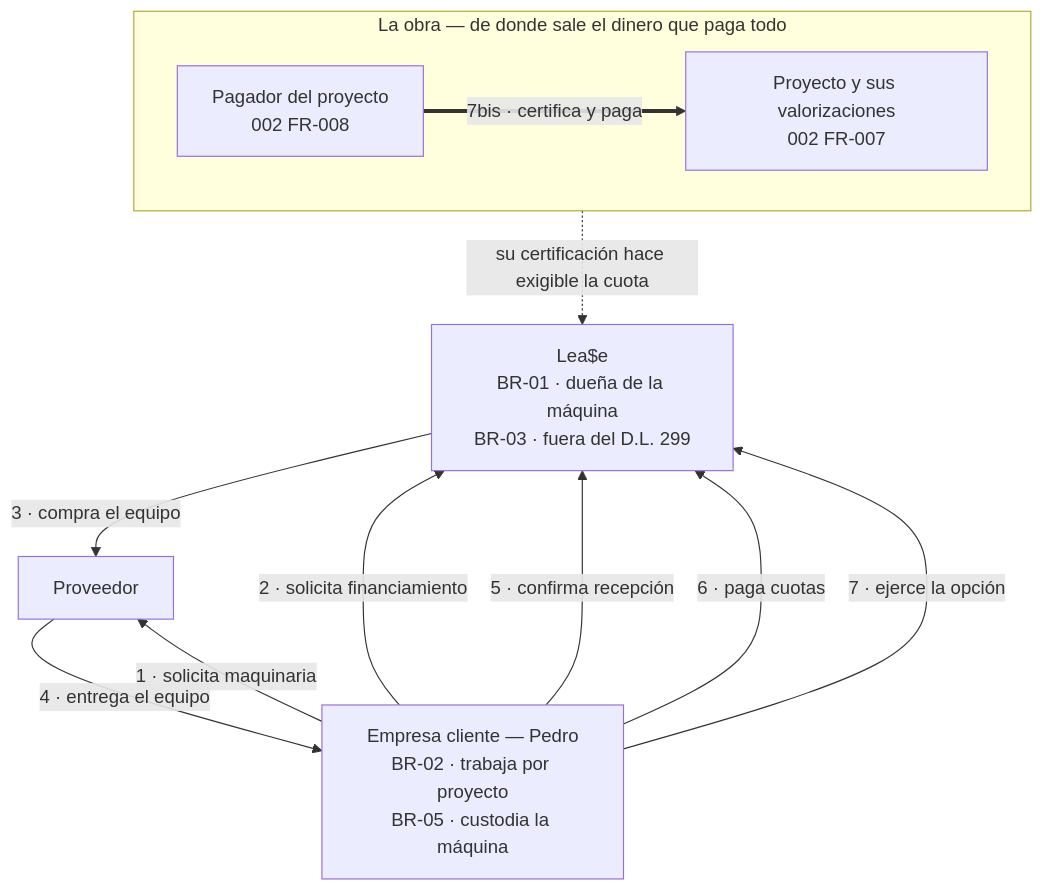
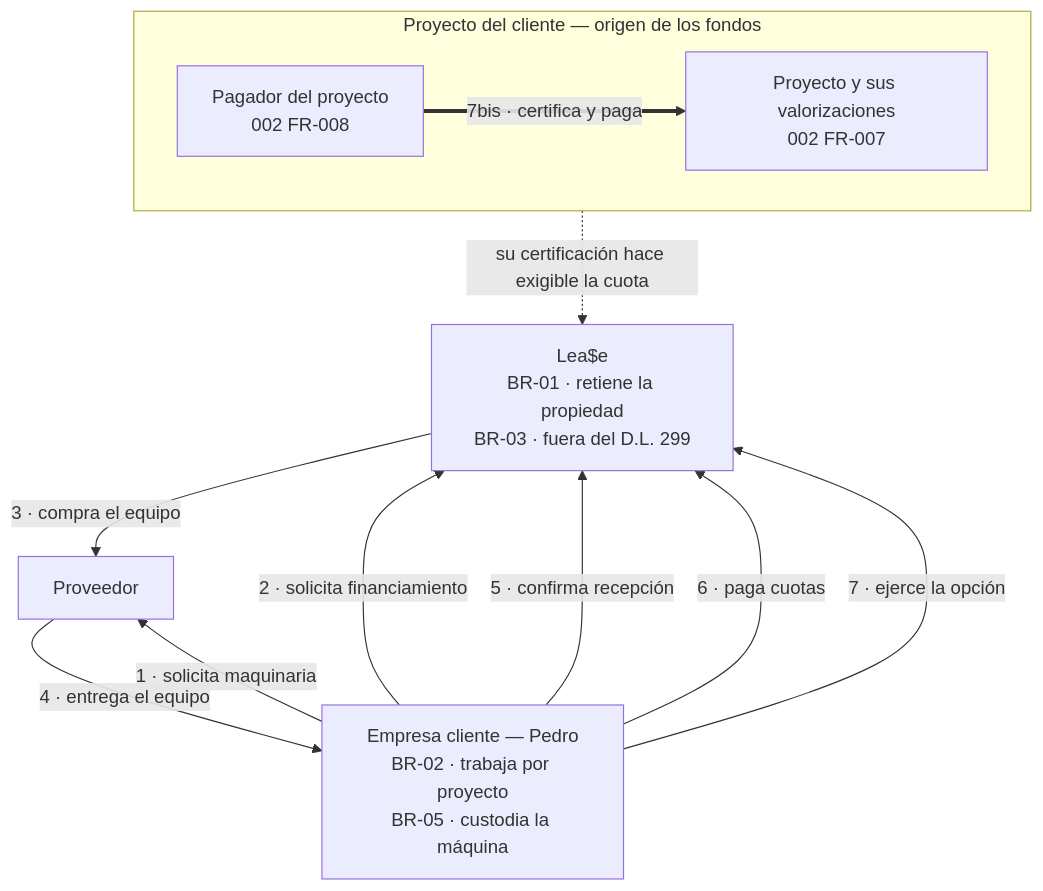
The first of 4 diagrams in docs/ARCHITECTURE.md (LuisMUtec/SWA-LAB02-Lease), drawn with Mermaid before and after one commit. The commit also changed other lines of this file, not shown here.

First line of the commit message:
Ajustar el registro del documento de arquitectura

````diff
--- a/docs/ARCHITECTURE.md
+++ b/docs/ARCHITECTURE.md
@@ -40,23 +42,23 @@
 ```mermaid
 flowchart TB
-    subgraph obra["La obra — de donde sale el dinero que paga todo"]
+    subgraph obra["Proyecto del cliente — origen de los fondos"]
         direction LR
         PG["Pagador del proyecto<br/>002 FR-008"]
         PR["Proyecto y sus valorizaciones<br/>002 FR-007"]
         PG ==>|"7bis · certifica y paga"| PR
     end
 
     E["Empresa cliente — Pedro<br/>BR-02 · trabaja por proyecto<br/>BR-05 · custodia la máquina"]
     P["Proveedor"]
-    L["Lea$e<br/>BR-01 · dueña de la máquina<br/>BR-03 · fuera del D.L. 299"]
+    L["Lea$e<br/>BR-01 · retiene la propiedad<br/>BR-03 · fuera del D.L. 299"]
 
     PR -.->|"su certificación hace exigible la cuota"| L
 
     E -->|"1 · solicita maquinaria"| P
     E -->|"2 · solicita financiamiento"| L
     L -->|"3 · compra el equipo"| P
     P -->|"4 · entrega el equipo"| E
     E -->|"5 · confirma recepción"| L
     E -->|"6 · paga cuotas"| L
     E -->|"7 · ejerce la opción"| L
 ```
````
